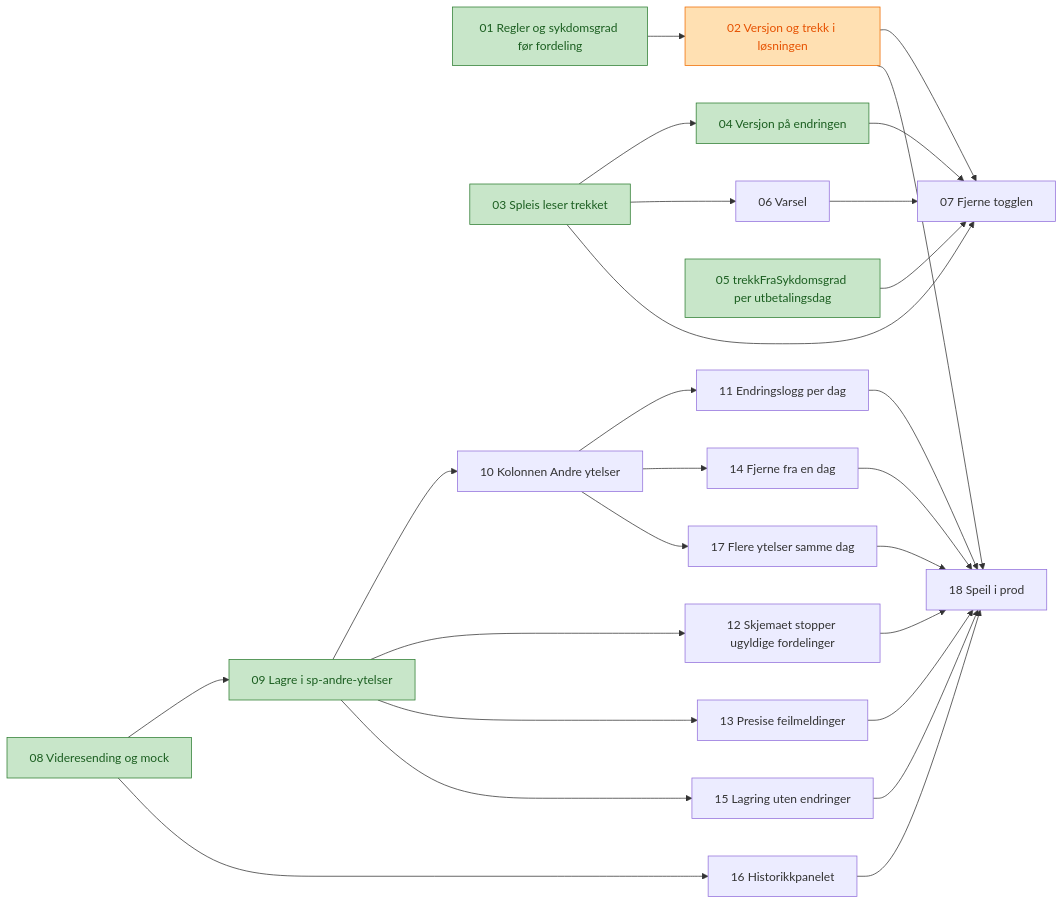
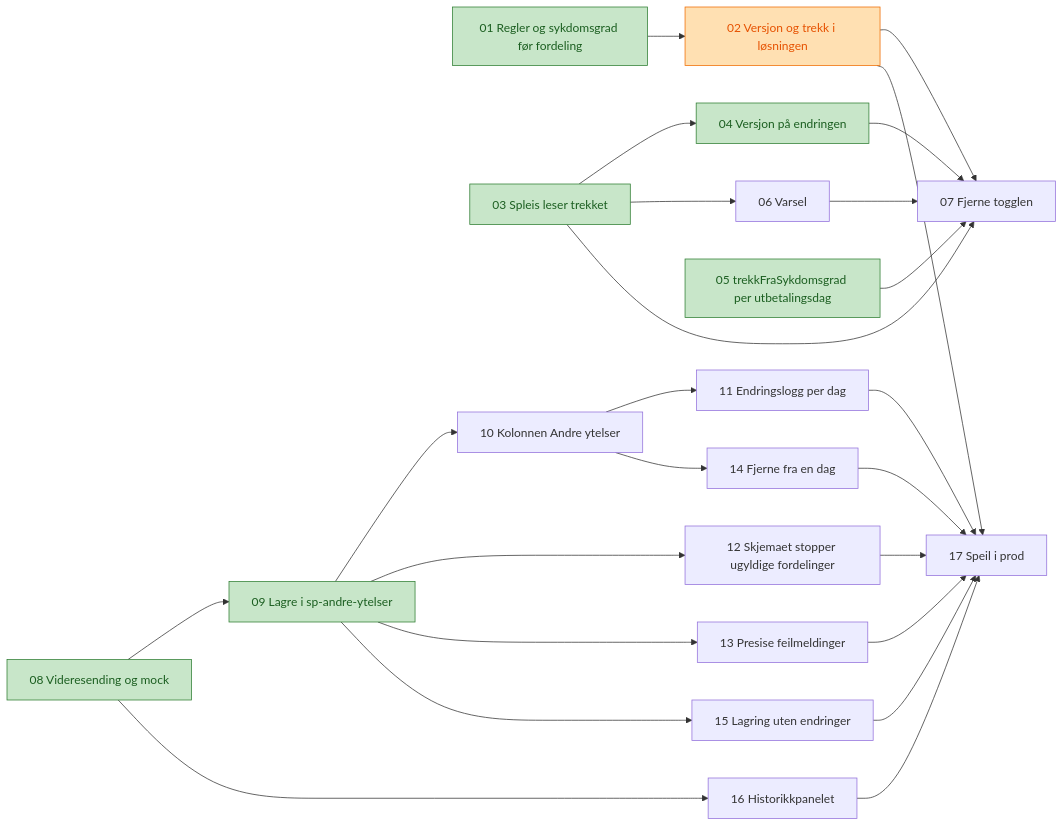
The diagram in docs/tickets/graderte-andre-ytelser/index.md (navikt/helse-sas-meta), drawn with Mermaid before and after one commit. The commit also changed other lines of this file and 4 other files, not shown here.

First line of the commit message:
📝 Fjerner ticketen for flere ytelser samme dag

````diff
--- a/docs/tickets/graderte-andre-ytelser/index.md
+++ b/docs/tickets/graderte-andre-ytelser/index.md
@@ -26,33 +25,31 @@
 ```mermaid
 flowchart LR
     T01[01 Regler og sykdomsgrad før fordeling] --> T02[02 Versjon og trekk i løsningen]
     T03[03 Spleis leser trekket] --> T04[04 Versjon på endringen]
     T03 --> T06[06 Varsel]
     T02 --> T07[07 Fjerne togglen]
     T03 --> T07
     T04 --> T07
     T05[05 trekkFraSykdomsgrad per utbetalingsdag] --> T07
     T06 --> T07
     T08[08 Videresending og mock] --> T09[09 Lagre i sp-andre-ytelser]
     T09 --> T10[10 Kolonnen Andre ytelser]
     T10 --> T11[11 Endringslogg per dag]
     T09 --> T12[12 Skjemaet stopper ugyldige fordelinger]
     T09 --> T13[13 Presise feilmeldinger]
     T10 --> T14[14 Fjerne fra en dag]
     T09 --> T15[15 Lagring uten endringer]
     T08 --> T16[16 Historikkpanelet]
-    T10 --> T17[17 Flere ytelser samme dag]
-    T02 --> T18[18 Speil i prod]
-    T11 --> T18
-    T12 --> T18
-    T13 --> T18
-    T14 --> T18
-    T15 --> T18
-    T16 --> T18
-    T17 --> T18
+    T02 --> T17[17 Speil i prod]
+    T11 --> T17
+    T12 --> T17
+    T13 --> T17
+    T14 --> T17
+    T15 --> T17
+    T16 --> T17
 
     classDef ferdig fill:#c8e6c9,stroke:#2e7d32,color:#1b5e20
     classDef pagar fill:#ffe0b2,stroke:#ef6c00,color:#e65100
     class T01,T03,T04,T05,T08,T09 ferdig
     class T02 pagar
 ```
````
